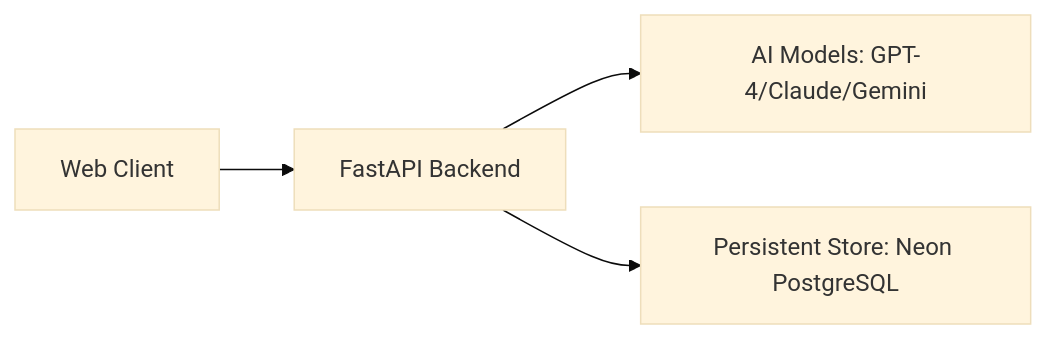
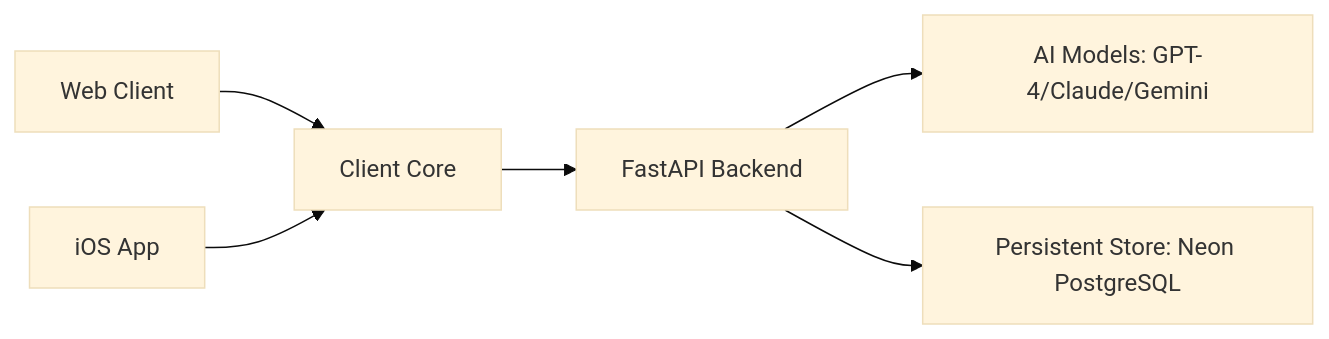
One commit to qinzzz/Musee changed the diagram in README.md. Above: the diagram before and after it, drawn with Mermaid (base theme). The commit also changed other lines of this file and 15 other files, not shown here.

````diff
--- a/README.md
+++ b/README.md
@@ -58,6 +65,8 @@
 ```mermaid
 graph LR
-    B[Web Client] --> C[FastAPI Backend]
+    B[Web Client] --> F[Client Core]
+    A[iOS App] --> F
+    F --> C[FastAPI Backend]
     C --> D[AI Models: GPT-4/Claude/Gemini]
     C --> E[Persistent Store: Neon PostgreSQL]
 ```
````
